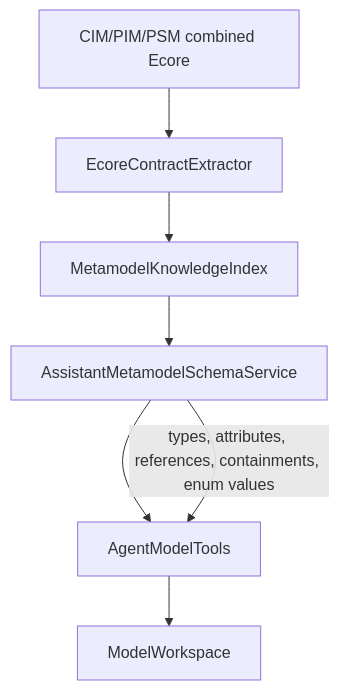
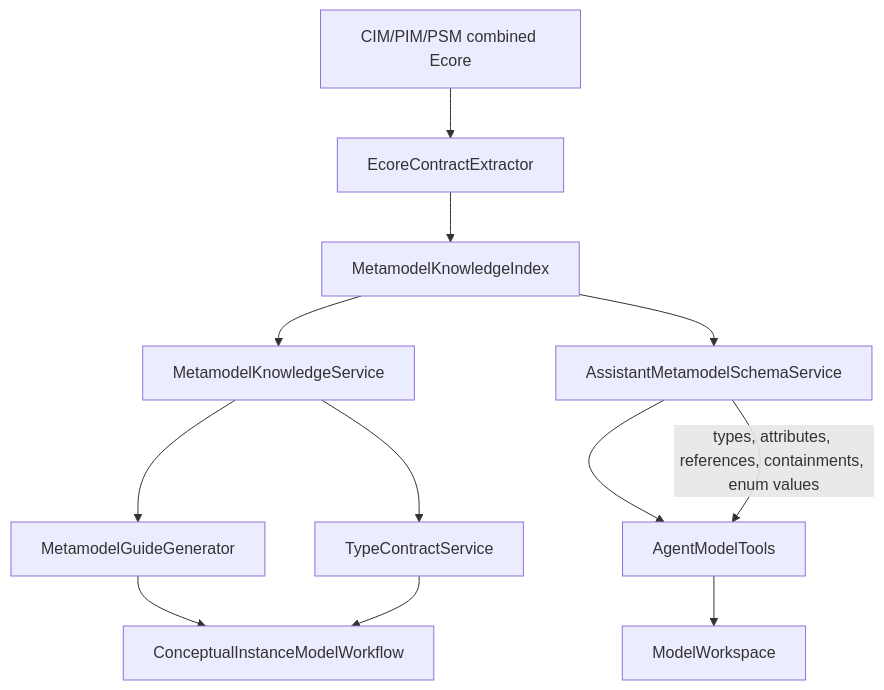
The first of 3 diagrams in docs/diagrams/16-ai-assistant-rag-and-memory.md (mehdieidi/modriss), drawn with Mermaid before and after one commit. The commit also changed other lines of this file and 66 other files, not shown here.

First line of the commit message:
feat(ai): enhance assistant model provider and metamodel generator

````diff
--- a/docs/diagrams/16-ai-assistant-rag-and-memory.md
+++ b/docs/diagrams/16-ai-assistant-rag-and-memory.md
@@ -5,13 +5,20 @@
 ```mermaid
 flowchart TD
     ecore["CIM/PIM/PSM combined Ecore"]
     extractor["EcoreContractExtractor"]
     index["MetamodelKnowledgeIndex"]
+    knowledge["MetamodelKnowledgeService"]
+    guide["MetamodelGuideGenerator"]
+    contracts["TypeContractService"]
+    conceptual["ConceptualInstanceModelWorkflow"]
     schema["AssistantMetamodelSchemaService"]
     tools["AgentModelTools"]
     workspace["ModelWorkspace"]
 
-    ecore --> extractor --> index --> schema --> tools
+    ecore --> extractor --> index
+    index --> knowledge --> guide --> conceptual
+    knowledge --> contracts --> conceptual
+    index --> schema --> tools
     tools --> workspace
     schema -->|"types, attributes, references, containments, enum values"| tools
 ```
````
